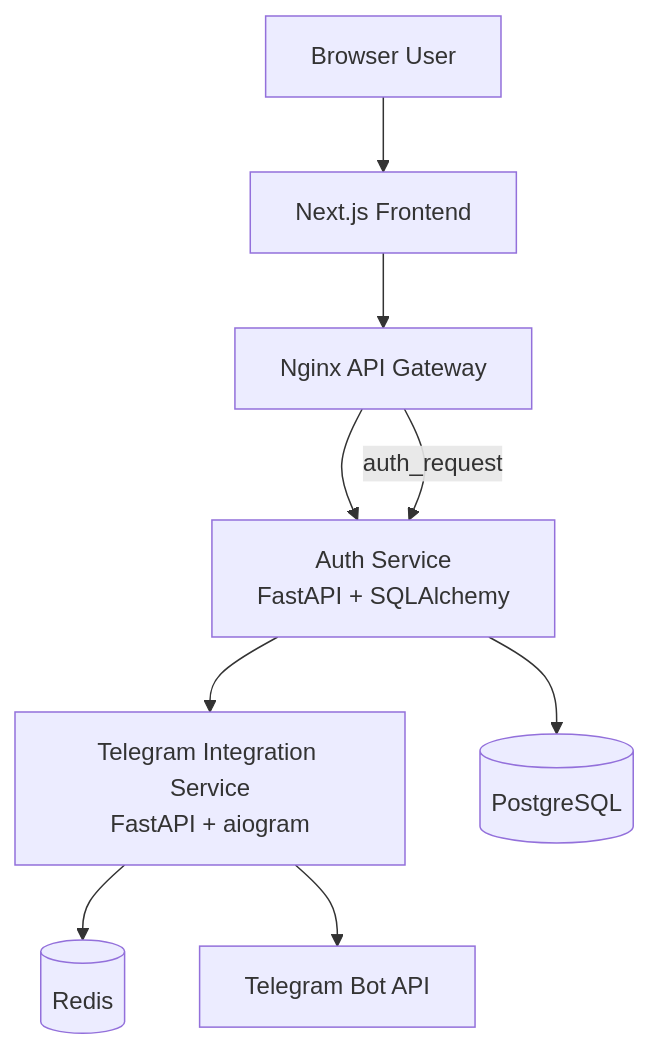
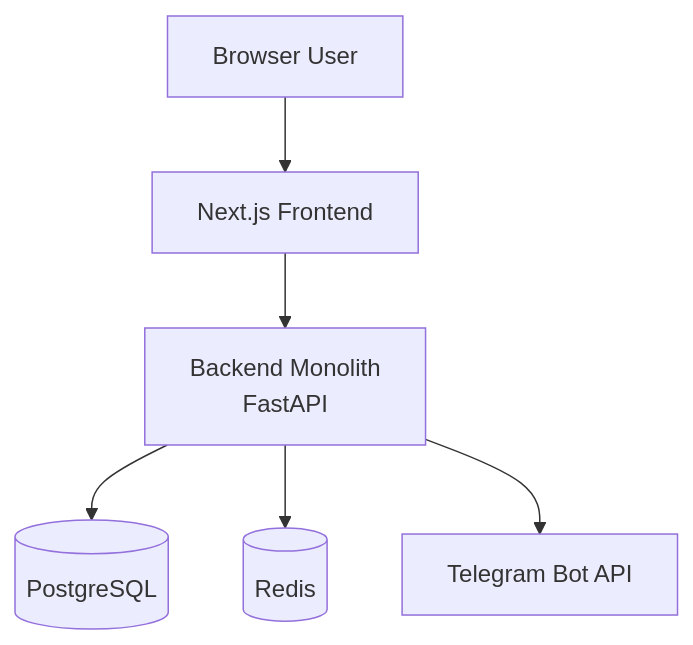
The diagram in README.md (kotlovyim-dev/crm-workroom), drawn with Mermaid before and after one commit. The commit also changed other lines of this file and 2 other files, not shown here.

Commit message:
chore: remove api gateway and update docs

````diff
--- a/README.md
+++ b/README.md
@@ -145,20 +141,15 @@
 ```mermaid
 flowchart TD
   User[Browser User]
   Web[Next.js Frontend]
-  Gateway[Nginx API Gateway]
-  Auth[Auth Service<br/>FastAPI + SQLAlchemy]
-  Tg[Telegram Integration Service<br/>FastAPI + aiogram]
+  Backend[Backend Monolith<br/>FastAPI]
   Pg[(PostgreSQL)]
   Redis[(Redis)]
   Telegram[Telegram Bot API]
 
   User --> Web
-  Web --> Gateway
-  Gateway --> Auth
-  Auth --> Pg
-  Auth --> Tg
-  Tg --> Redis
-  Tg --> Telegram
-  Gateway -->|auth_request| Auth
+  Web --> Backend
+  Backend --> Pg
+  Backend --> Redis
+  Backend --> Telegram
 ```
````
